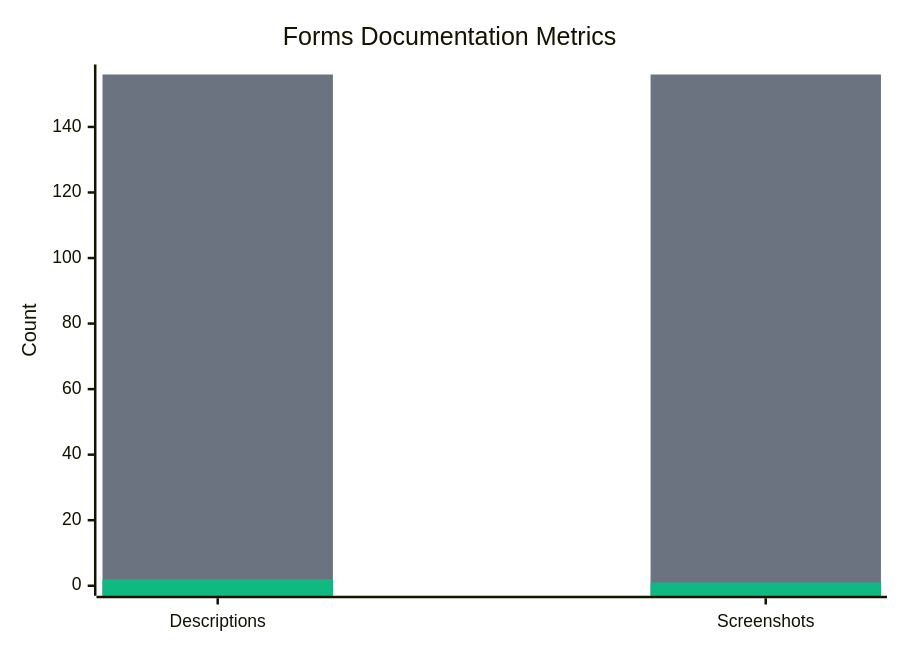
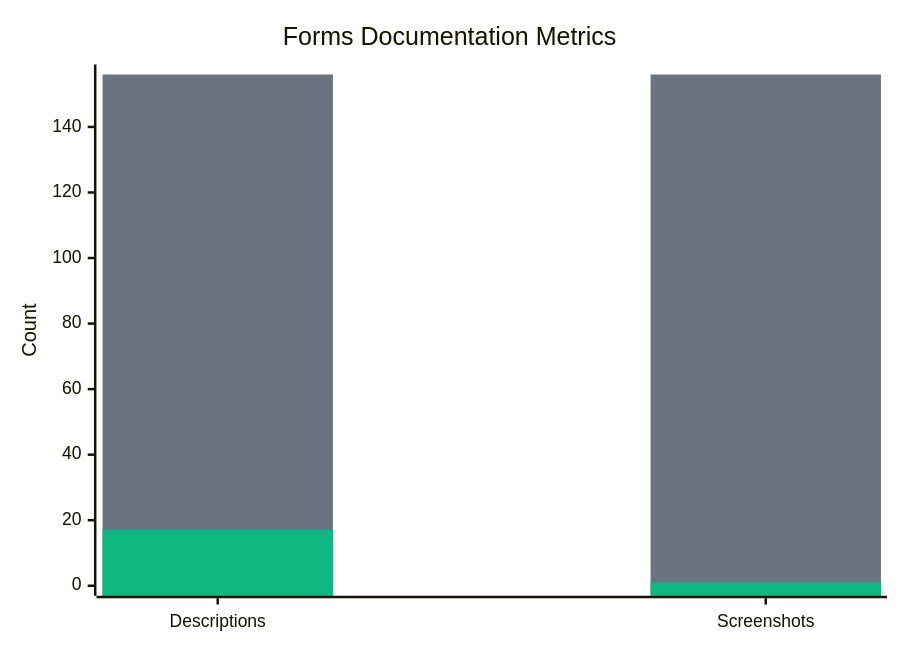
The third of 4 diagrams in Documentation/SynthoTec-4D/Overview.md (synthotec/synthotec.github.io), drawn with Mermaid before and after one commit. The commit also changed other lines of this file, not shown here.

````diff
--- a/Documentation/SynthoTec-4D/Overview.md
+++ b/Documentation/SynthoTec-4D/Overview.md
@@ -44,9 +44,9 @@
 ```mermaid
 %%{init: {'theme':'base', 'themeVariables': {'xyChart': {'backgroundColor': 'transparent', 'plotColorPalette': '#6b7280, #10b981'}}}}%%
 xychart-beta
     title "Forms Documentation Metrics"
     x-axis ["Descriptions", "Screenshots"]
     y-axis "Count" 0 --> 156
     bar [156, 156]
-    bar [2, 1]
+    bar [17, 1]
 ```
````
